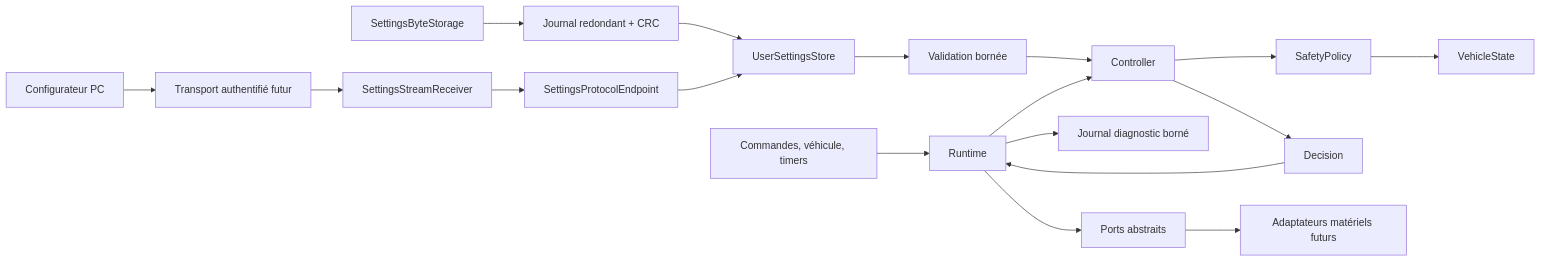
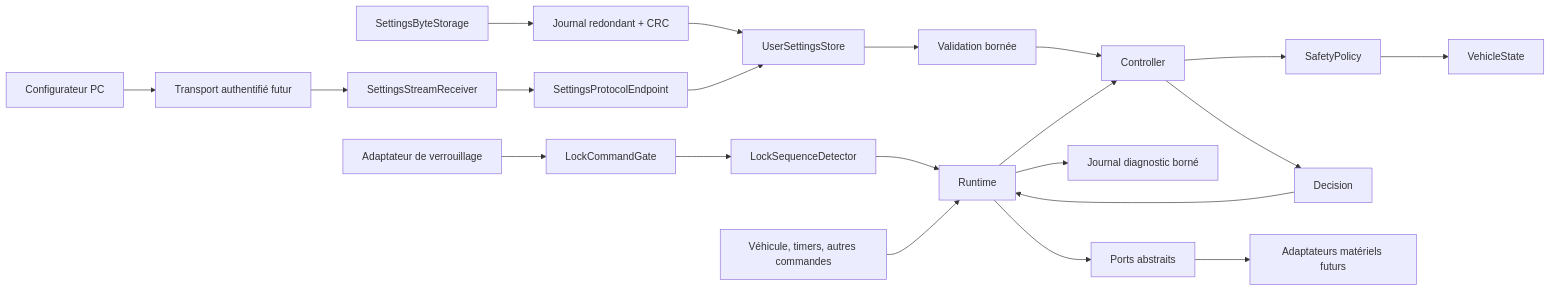
The first of 3 diagrams in docs/architecture.md (Synaro/BMW-E9x-Remote-Control), drawn with Mermaid before and after one commit. The commit also changed other lines of this file and 17 other files, not shown here.

Commit message:
Add guarded lock command evidence

````diff
--- a/docs/architecture.md
+++ b/docs/architecture.md
@@ -14,20 +14,23 @@
 ```mermaid
 flowchart LR
-    Sources["Commandes, véhicule, timers"] --> Runtime["Runtime"]
+    LockSource["Adaptateur de verrouillage"] --> LockGate["LockCommandGate"]
+    LockGate --> LockSequence["LockSequenceDetector"]
+    LockSequence --> Runtime["Runtime"]
+    Sources["Véhicule, timers, autres commandes"] --> Runtime
     Bytes["SettingsByteStorage"] --> Journal["Journal redondant + CRC"]
     Journal --> Settings["UserSettingsStore"]
     Configurator["Configurateur PC"] --> Transport["Transport authentifié futur"]
     Transport --> Stream["SettingsStreamReceiver"]
     Stream --> Protocol["SettingsProtocolEndpoint"]
     Protocol --> Settings
     Settings --> Validation["Validation bornée"]
     Validation --> Controller
     Runtime --> Controller["Controller"]
     Controller --> Policy["SafetyPolicy"]
     Policy --> Model["VehicleState"]
     Controller --> Decision["Decision"]
     Decision --> Runtime
     Runtime --> Diagnostics["Journal diagnostic borné"]
     Runtime --> Ports["Ports abstraits"]
     Ports --> Adapters["Adaptateurs matériels futurs"]
 ```
````
